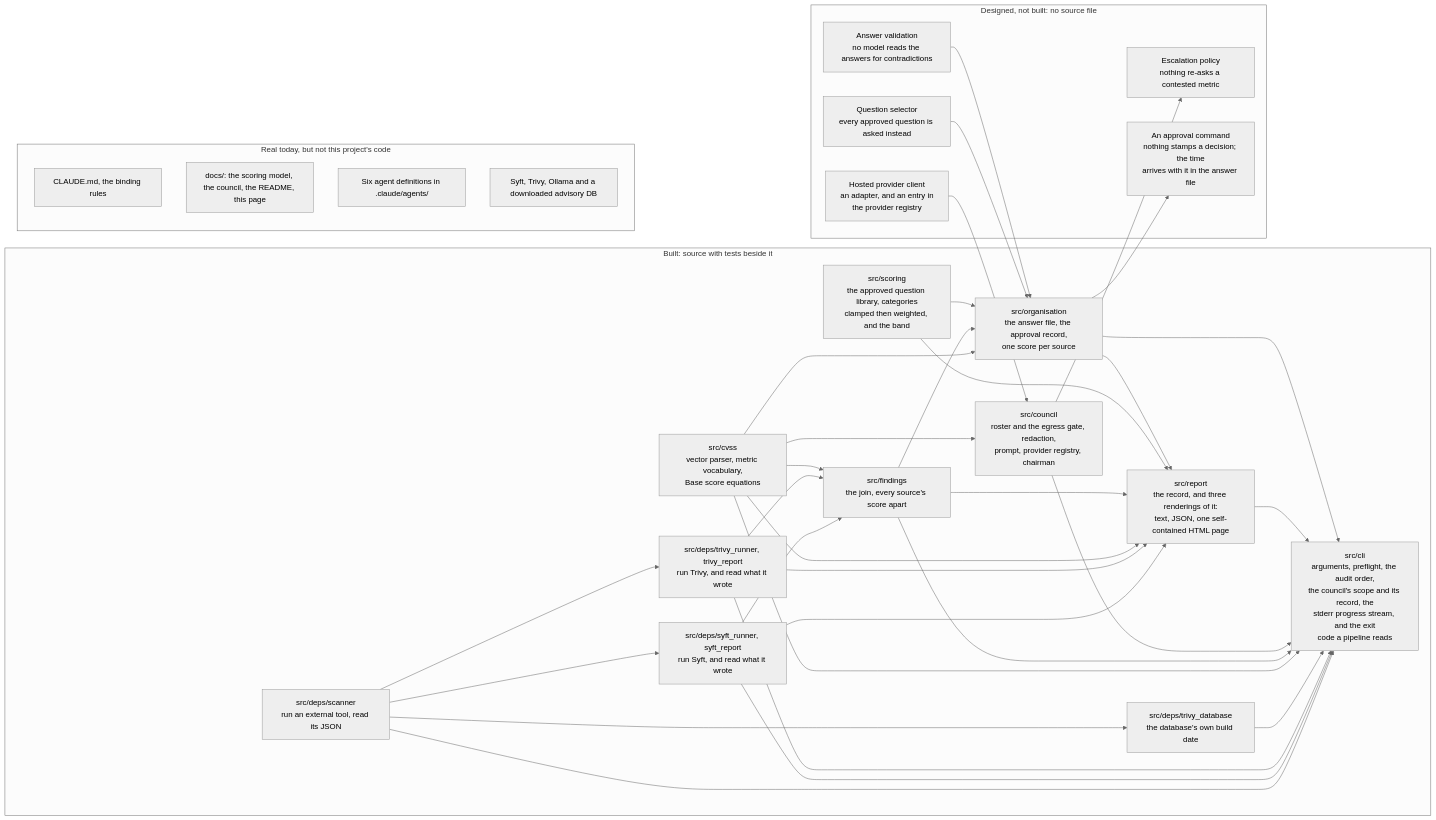
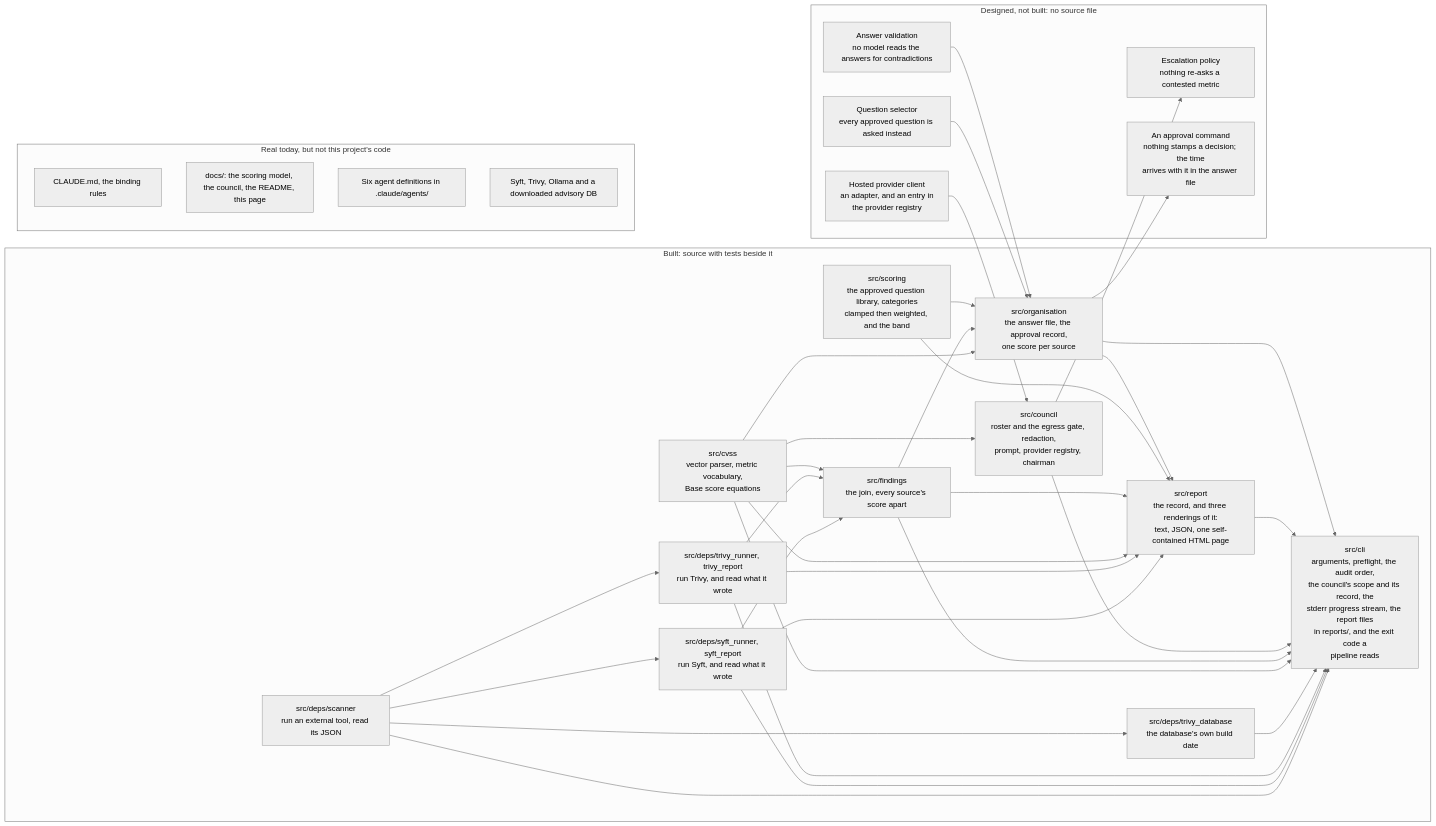
Before and after one commit to heinthtnaung/AgenticLLMAppAuditor: the fifth of 5 diagrams in docs/diagrams.md, drawn with Mermaid (neutral theme). The commit also changed other lines of this file and 11 other files, not shown here.

First line of the commit message:
Save every audit's three reports into reports/

````diff
--- a/docs/diagrams.md
+++ b/docs/diagrams.md
@@ -444,62 +464,62 @@
 ```mermaid
 flowchart LR
     subgraph BUILT["Built: source with tests beside it"]
         b0["src/deps/scanner<br/>run an external tool, read its JSON"]
         b1["src/deps/syft_runner, syft_report<br/>run Syft, and read what it wrote"]
         b2["src/deps/trivy_runner, trivy_report<br/>run Trivy, and read what it wrote"]
         b3["src/deps/trivy_database<br/>the database's own build date"]
         b4["src/cvss<br/>vector parser, metric vocabulary,<br/>Base score equations"]
         b5["src/findings<br/>the join, every source's score apart"]
         b7["src/council<br/>roster and the egress gate, redaction,<br/>prompt, provider registry, chairman"]
         b8["src/report<br/>the record, and three renderings of it:<br/>text, JSON, one self-contained HTML page"]
-        b9["src/cli<br/>arguments, preflight, the audit order,<br/>the council's scope and its record, the<br/>stderr progress stream, and the exit<br/>code a pipeline reads"]
+        b9["src/cli<br/>arguments, preflight, the audit order,<br/>the council's scope and its record, the<br/>stderr progress stream, the report files<br/>in reports/, and the exit code a<br/>pipeline reads"]
         b6["src/scoring<br/>the approved question library, categories<br/>clamped then weighted, and the band"]
         b10["src/organisation<br/>the answer file, the approval record,<br/>one score per source"]
         b0 --> b1
         b0 --> b2
         b0 --> b3
         b0 --> b9
         b1 --> b5
         b1 --> b8
         b1 --> b9
         b2 --> b5
         b2 --> b8
         b2 --> b9
         b3 --> b9
         b4 --> b5
         b4 --> b7
         b4 --> b8
         b4 --> b9
         b4 --> b10
         b5 --> b8
         b5 --> b9
         b5 --> b10
         b6 --> b8
         b6 --> b10
         b7 --> b9
         b8 --> b9
         b10 --> b8
         b10 --> b9
     end
 
     subgraph UNBUILT["Designed, not built: no source file"]
         d2["Question selector<br/>every approved question is asked instead"]
         d3["Answer validation<br/>no model reads the answers for contradictions"]
         d6["Hosted provider client<br/>an adapter, and an entry in<br/>the provider registry"]
         d11["Escalation policy<br/>nothing re-asks a contested metric"]
         d12["An approval command<br/>nothing stamps a decision; the time<br/>arrives with it in the answer file"]
     end
 
     d6 --> b7
     b7 --> d11
     d2 --> b10
     d3 --> b10
     b10 --> d12
 
     subgraph REAL["Real today, but not this project's code"]
         x1["CLAUDE.md, the binding rules"]
         x2["docs/: the scoring model, the council, the README, this page"]
         x3["Six agent definitions in .claude/agents/"]
         x4["Syft, Trivy, Ollama and a downloaded advisory DB"]
     end
 ```
````
